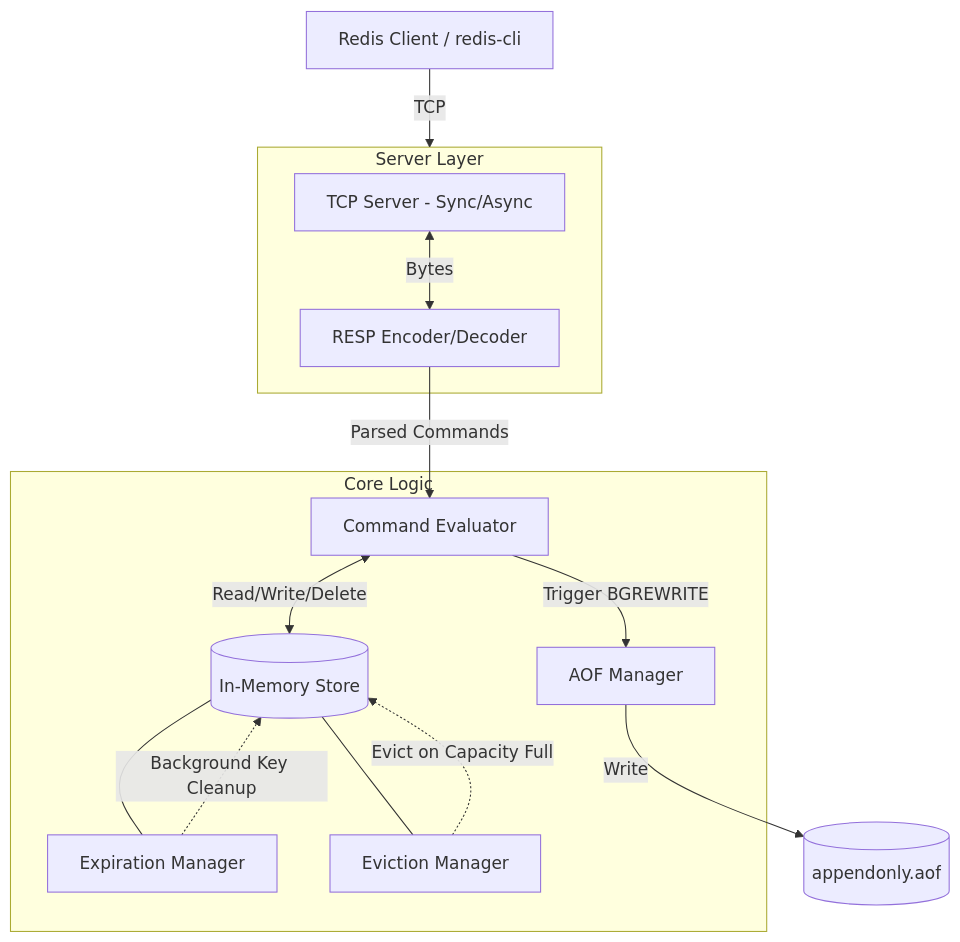
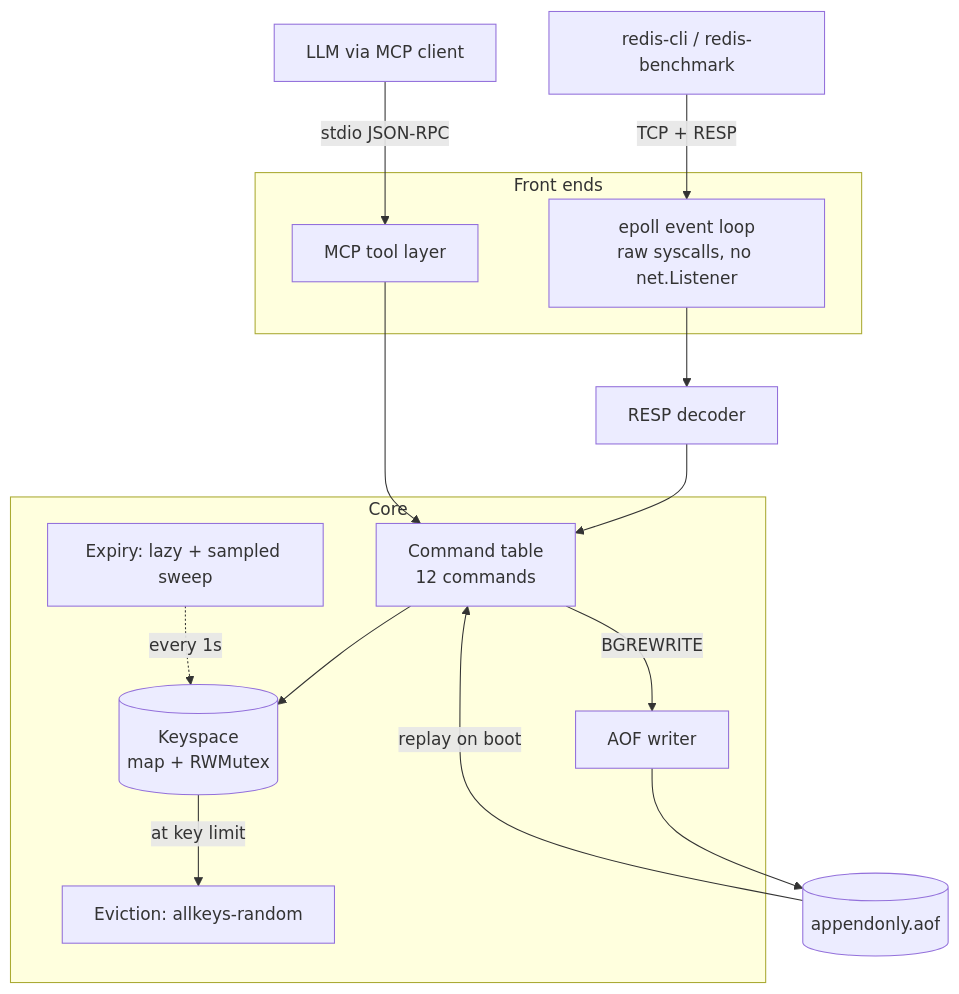
One commit to parth5404/redis-go changed the diagram in README.md. Above: the diagram before and after it, drawn with Mermaid. The commit also changed other lines of this file and 39 other files, not shown here.

First line of the commit message:
feat: complete the command set, MCP tool surface and test suite

````diff
--- a/README.md
+++ b/README.md
@@ -18,30 +155,29 @@
 ```mermaid
 graph TD
-    Client[Redis Client / redis-cli] -->|TCP| ServerLayer
+    CLI[redis-cli / redis-benchmark] -->|TCP + RESP| Loop
+    LLM[LLM via MCP client] -->|stdio JSON-RPC| MCP[MCP tool layer]
 
-    subgraph ServerLayer [Server Layer]
-        Server[TCP Server - Sync/Async]
-        RESP[RESP Encoder/Decoder]
+    subgraph Front[Front ends]
+        Loop[epoll event loop<br/>raw syscalls, no net.Listener]
+        MCP
     end
 
-    Server <-->|Bytes| RESP
-    RESP -->|Parsed Commands| Evaluator
+    Loop --> Decode[RESP decoder]
+    Decode --> Table
+    MCP --> Table
 
-    subgraph CoreLogic [Core Logic]
-        Evaluator[Command Evaluator]
-        Store[(In-Memory Store)]
-        ExpManager[Expiration Manager]
-        EvicManager[Eviction Manager]
-        AOF[AOF Manager]
+    subgraph Core[Core]
+        Table[Command table<br/>12 commands]
+        Store[(Keyspace<br/>map + RWMutex)]
+        Expiry[Expiry: lazy + sampled sweep]
+        Evict[Eviction: allkeys-random]
+        AOF[AOF writer]
     end
 
-    Evaluator <-->|Read/Write/Delete| Store
-    Store --- ExpManager
-    Store --- EvicManager
-    Evaluator -->|Trigger BGREWRITE| AOF
-    AOF -->|Write| Disk[(appendonly.aof)]
-
-    %% Internal workflows
-    ExpManager -.->|Background Key Cleanup| Store
-    EvicManager -.->|Evict on Capacity Full| Store
+    Table --> Store
+    Expiry -.->|every 1s| Store
+    Store -->|at key limit| Evict
+    Table -->|BGREWRITE| AOF
+    AOF --> Disk[(appendonly.aof)]
+    Disk -->|replay on boot| Table
 ```
````
